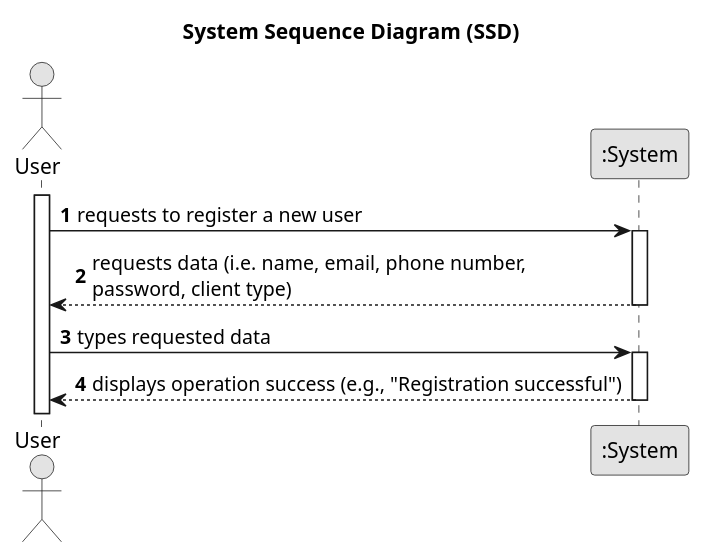
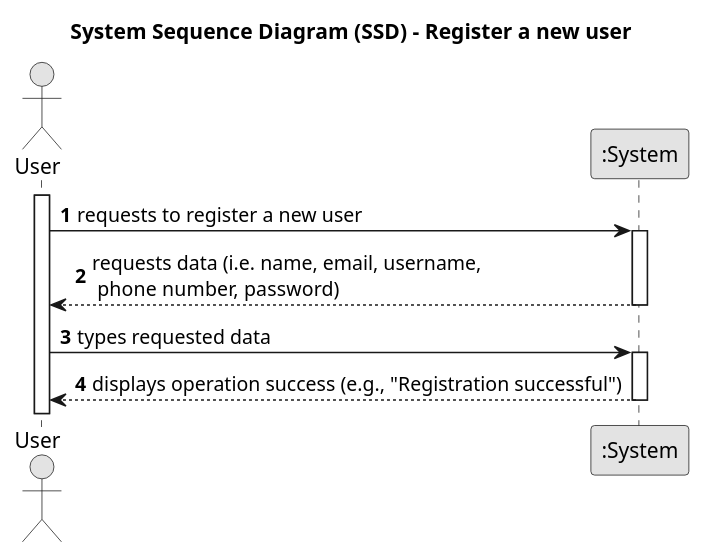
One commit to vivianeaalmeida/ComeAndGet changed the diagram in Docs/US01/01-requirements-engineering/US01-SSD.puml. Above: the diagram before and after it, drawn with PlantUML. The commit also changed 23 other files, not shown here.

```diff
--- a/Docs/US01/01-requirements-engineering/US01-SSD.puml
+++ b/Docs/US01/01-requirements-engineering/US01-SSD.puml
@@ -1,26 +1,26 @@
 @startuml
 skinparam monochrome true
 skinparam packageStyle rectangle
 skinparam shadowing false
 
-title System Sequence Diagram (SSD)
+title System Sequence Diagram (SSD) - Register a new user
 
 autonumber
 
 actor "User" as User
 participant ":System" as System
 
 activate User
 
     User -> System : requests to register a new user
     activate System
 
-        System --> User : requests data (i.e. name, email, phone number, \npassword, client type)
+        System --> User : requests data (i.e. name, email, username,\n phone number, password)
     deactivate System
 
     User -> System : types requested data
     activate System
 
         System --> User : displays operation success (e.g., "Registration successful")
     deactivate System
 @enduml
```
